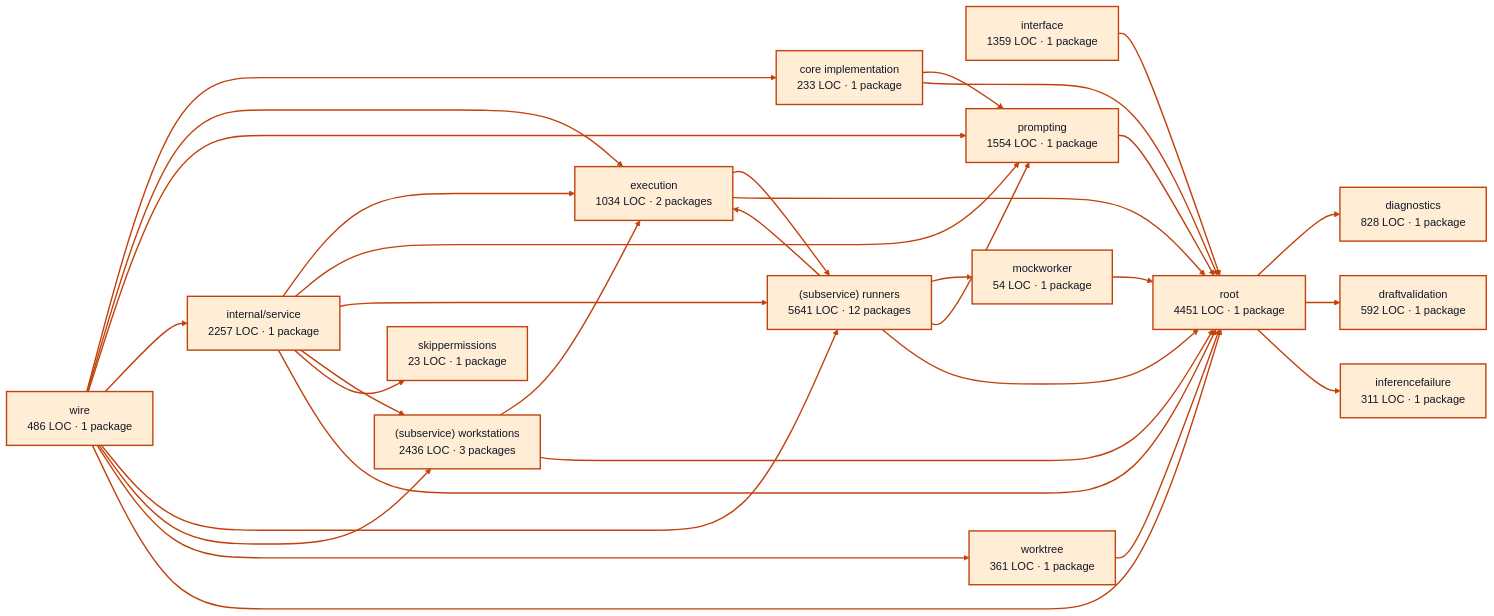
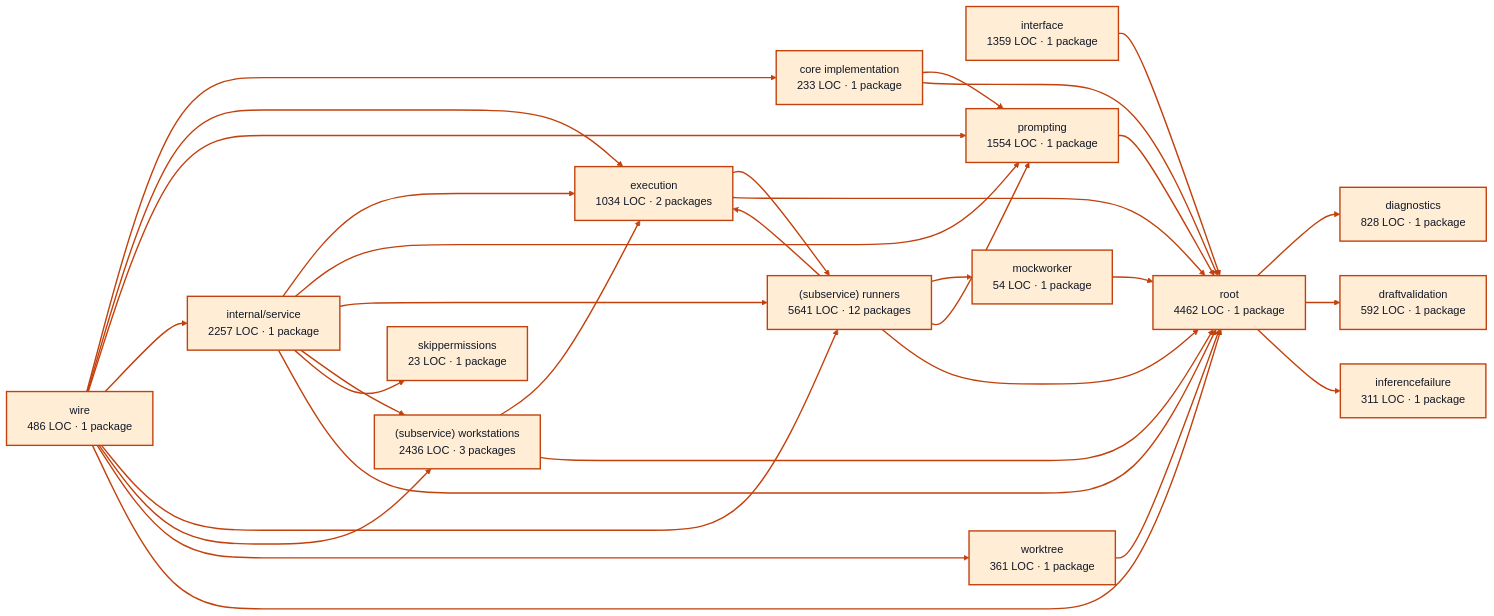
One commit to portpowered/you-agent-factory changed the diagram in docs/architecture/visualizations/services/workers.md. Above: the diagram before and after it, drawn with Mermaid. The commit also changed other lines of this file and 20 other files, not shown here.

Commit message:
docs: refresh backend architecture visualizations

````diff
--- a/docs/architecture/visualizations/services/workers.md
+++ b/docs/architecture/visualizations/services/workers.md
@@ -11,65 +11,65 @@
 ```mermaid
 flowchart LR
   p0["core implementation<br/>233 LOC · 1 package"]
   p1["diagnostics<br/>828 LOC · 1 package"]
   p2["draftvalidation<br/>592 LOC · 1 package"]
   p3["execution<br/>1034 LOC · 2 packages"]
   p4["inferencefailure<br/>311 LOC · 1 package"]
   p5["interface<br/>1359 LOC · 1 package"]
   p6["mockworker<br/>54 LOC · 1 package"]
   p7["prompting<br/>1554 LOC · 1 package"]
   p8["internal/service<br/>2257 LOC · 1 package"]
   p9["(subservice) runners<br/>5641 LOC · 12 packages"]
   p10["(subservice) workstations<br/>2436 LOC · 3 packages"]
   p11["skippermissions<br/>23 LOC · 1 package"]
   p12["worktree<br/>361 LOC · 1 package"]
-  p13["root<br/>4451 LOC · 1 package"]
+  p13["root<br/>4462 LOC · 1 package"]
   p14["wire<br/>486 LOC · 1 package"]
   p0 --> p7
   p0 --> p13
   p3 --> p9
   p3 --> p13
   p5 --> p13
   p6 --> p13
   p7 --> p13
   p8 --> p3
   p8 --> p7
   p8 --> p9
   p8 --> p10
   p8 --> p11
   p8 --> p13
   p9 --> p3
   p9 --> p6
   p9 --> p7
   p9 --> p13
   p10 --> p3
   p10 --> p13
   p12 --> p13
   p13 --> p1
   p13 --> p2
   p13 --> p4
   p14 --> p0
   p14 --> p3
   p14 --> p7
   p14 --> p8
   p14 --> p9
   p14 --> p10
   p14 --> p12
   p14 --> p13
   style p0 fill:#ffedd5,stroke:#c2410c,stroke-width:2px,color:#111827
   style p1 fill:#ffedd5,stroke:#c2410c,stroke-width:2px,color:#111827
   style p2 fill:#ffedd5,stroke:#c2410c,stroke-width:2px,color:#111827
   style p3 fill:#ffedd5,stroke:#c2410c,stroke-width:2px,color:#111827
   style p4 fill:#ffedd5,stroke:#c2410c,stroke-width:2px,color:#111827
   style p5 fill:#ffedd5,stroke:#c2410c,stroke-width:2px,color:#111827
   style p6 fill:#ffedd5,stroke:#c2410c,stroke-width:2px,color:#111827
   style p7 fill:#ffedd5,stroke:#c2410c,stroke-width:2px,color:#111827
   style p8 fill:#ffedd5,stroke:#c2410c,stroke-width:2px,color:#111827
   style p9 fill:#ffedd5,stroke:#c2410c,stroke-width:2px,color:#111827
   style p10 fill:#ffedd5,stroke:#c2410c,stroke-width:2px,color:#111827
   style p11 fill:#ffedd5,stroke:#c2410c,stroke-width:2px,color:#111827
   style p12 fill:#ffedd5,stroke:#c2410c,stroke-width:2px,color:#111827
   style p13 fill:#ffedd5,stroke:#c2410c,stroke-width:2px,color:#111827
   style p14 fill:#ffedd5,stroke:#c2410c,stroke-width:2px,color:#111827
   linkStyle default stroke:#c2410c,stroke-width:2px
 ```
````
